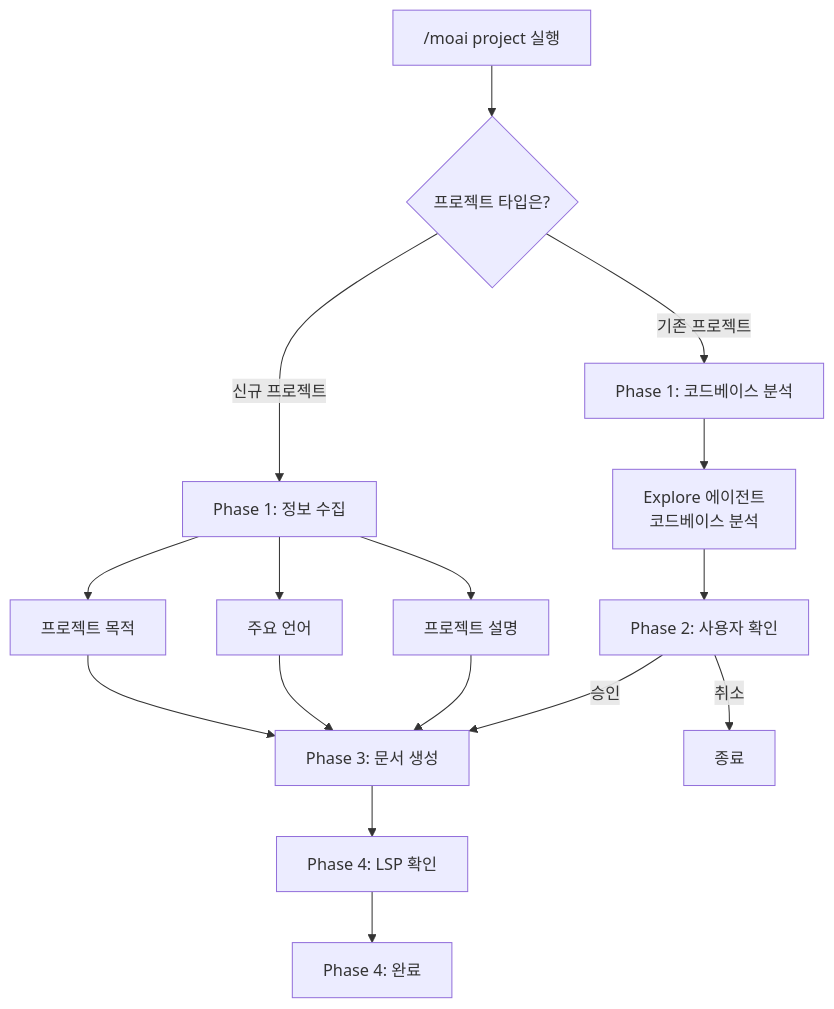
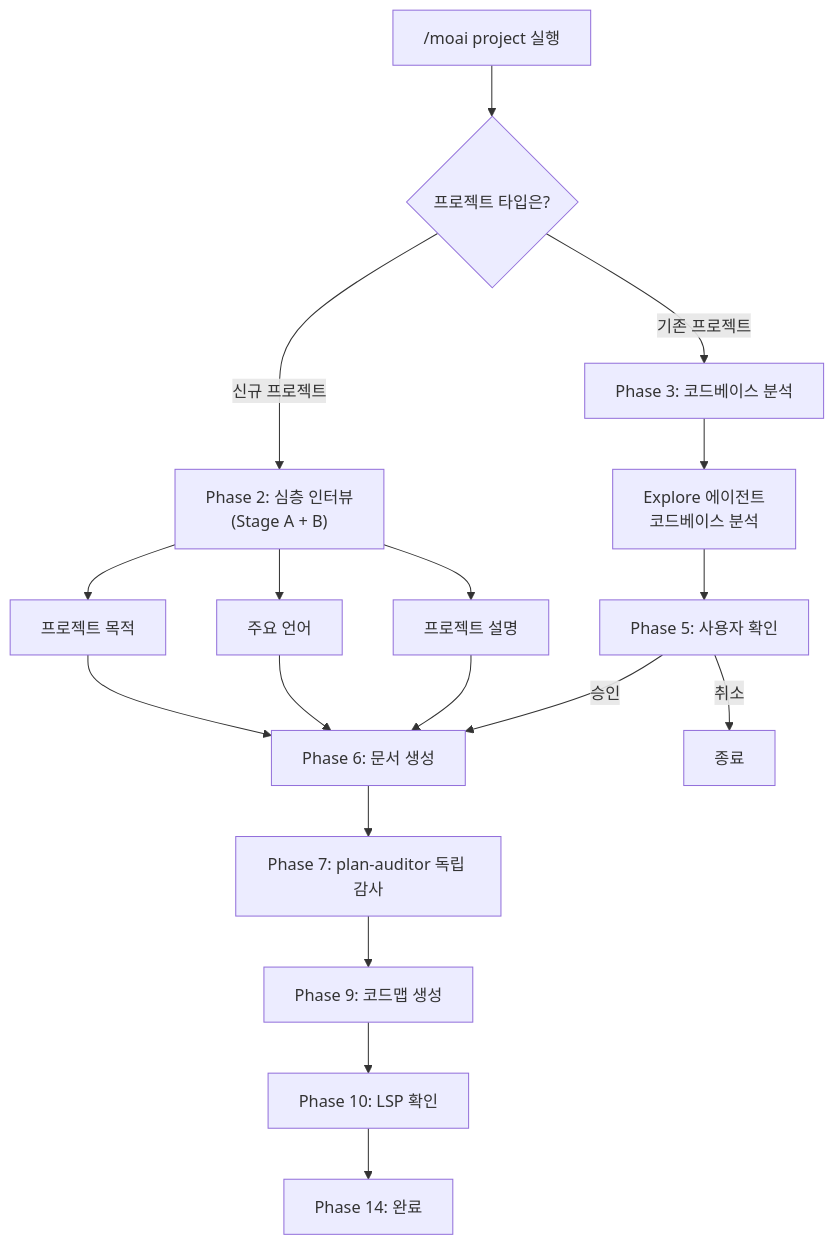
One commit to modu-ai/moai-adk changed the first of 3 diagrams in docs-site/content/ko/workflow-commands/moai-project.md. Above: the diagram before and after it, drawn with Mermaid. The commit also changed other lines of this file and 13 other files, not shown here.

````diff
--- a/docs-site/content/ko/workflow-commands/moai-project.md
+++ b/docs-site/content/ko/workflow-commands/moai-project.md
@@ -97,24 +98,26 @@
 ```mermaid
 flowchart TD
     Start["/moai project 실행"] --> Q1{프로젝트 타입은?}
 
-    Q1 -->|신규 프로젝트| New["Phase 1: 정보 수집"]
-    Q1 -->|기존 프로젝트| Exist["Phase 1: 코드베이스 분석"]
+    Q1 -->|신규 프로젝트| New["Phase 2: 심층 인터뷰<br/>(Stage A + B)"]
+    Q1 -->|기존 프로젝트| Exist["Phase 3: 코드베이스 분석"]
 
     New --> NewQ["프로젝트 목적"]
     New --> NewL["주요 언어"]
     New --> NewD["프로젝트 설명"]
 
-    NewQ --> Gen["Phase 3: 문서 생성"]
+    NewQ --> Gen["Phase 6: 문서 생성"]
     NewL --> Gen
     NewD --> Gen
 
     Exist --> Exp["Explore 에이전트<br/>코드베이스 분석"]
-    Exp --> Conf["Phase 2: 사용자 확인"]
+    Exp --> Conf["Phase 5: 사용자 확인"]
 
     Conf -->|승인| Gen
     Conf -->|취소| End["종료"]
 
-    Gen --> LSP["Phase 4: LSP 확인"]
-    LSP --> Complete["Phase 4: 완료"]
+    Gen --> Audit["Phase 7: plan-auditor 독립 감사"]
+    Audit --> CM["Phase 9: 코드맵 생성"]
+    CM --> LSP["Phase 10: LSP 확인"]
+    LSP --> Complete["Phase 14: 완료"]
 ```
````
